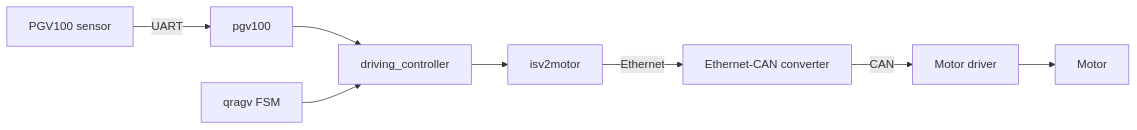
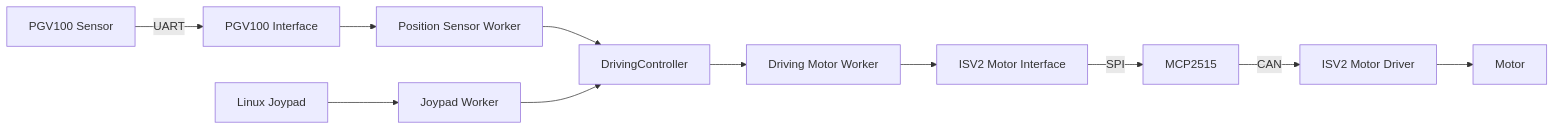
One commit to Nyamkani/QRAGV changed the diagram in readme.md. Above: the diagram before and after it, drawn with Mermaid. The commit also changed other lines of this file, not shown here.

Commit message:
Update README for current QRAGV architecture

````diff
--- a/readme.md
+++ b/readme.md
@@ -50,10 +40,16 @@
 ```mermaid
 flowchart LR
-    SENSOR["PGV100 sensor"] -->|UART| PGV["pgv100"]
-    PGV --> DRIVE["driving_controller"]
-    DRIVE --> MOTORIF["isv2motor"]
-    MOTORIF -->|Ethernet| CONVERTER["Ethernet-CAN converter"]
-    CONVERTER -->|CAN| DRIVER["Motor driver"]
+    SENSOR["PGV100 Sensor"] -->|UART| PGV["PGV100 Interface"]
+    PGV --> SENSORWORKER["Position Sensor Worker"]
+
+    JOYPAD["Linux Joypad"] --> JOYWORKER["Joypad Worker"]
+
+    SENSORWORKER --> DRIVE["DrivingController"]
+    JOYWORKER --> DRIVE
+
+    DRIVE --> MOTORWORKER["Driving Motor Worker"]
+    MOTORWORKER --> MOTORIF["ISV2 Motor Interface"]
+    MOTORIF -->|SPI| MCP["MCP2515"]
+    MCP -->|CAN| DRIVER["ISV2 Motor Driver"]
     DRIVER --> MOTOR["Motor"]
-    MAIN["qragv FSM"] --> DRIVE
 ```
````
